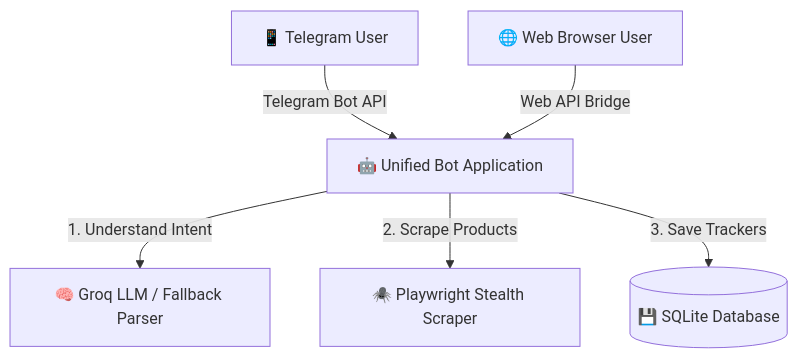
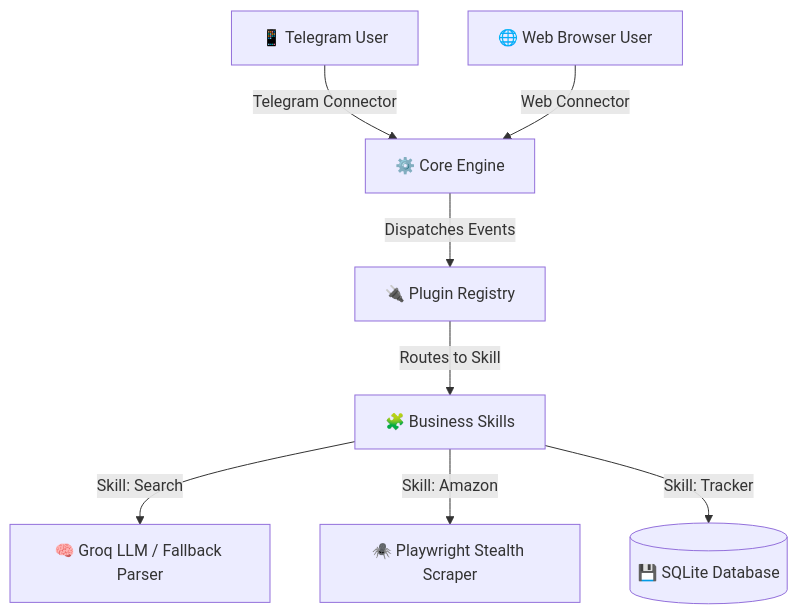
Before and after one commit to jyothisthaliath/CartGenie: the first of 3 diagrams in docs/system_overview.md, drawn with Mermaid. The commit also changed other lines of this file, not shown here.

Commit message:
V3.0 Architecture Refactoring

````diff
--- a/docs/system_overview.md
+++ b/docs/system_overview.md
@@ -13,9 +13,12 @@
 ```mermaid
 graph TD
-    TG[📱 Telegram User] -->|Telegram Bot API| BotCore[🤖 Unified Bot Application]
-    Web[🌐 Web Browser User] -->|Web API Bridge| BotCore
+    TG[📱 Telegram User] -->|Telegram Connector| Core[⚙️ Core Engine]
+    Web[🌐 Web Browser User] -->|Web Connector| Core
     
-    BotCore -->|1. Understand Intent| LLM[🧠 Groq LLM / Fallback Parser]
-    BotCore -->|2. Scrape Products| Scraper[🕷️ Playwright Stealth Scraper]
-    BotCore -->|3. Save Trackers| DB[(💾 SQLite Database)]
+    Core -->|Dispatches Events| Registry[🔌 Plugin Registry]
+    Registry -->|Routes to Skill| Skills[🧩 Business Skills]
+    
+    Skills -->|Skill: Search| LLM[🧠 Groq LLM / Fallback Parser]
+    Skills -->|Skill: Amazon| Scraper[🕷️ Playwright Stealth Scraper]
+    Skills -->|Skill: Tracker| DB[(💾 SQLite Database)]
 ```
````
